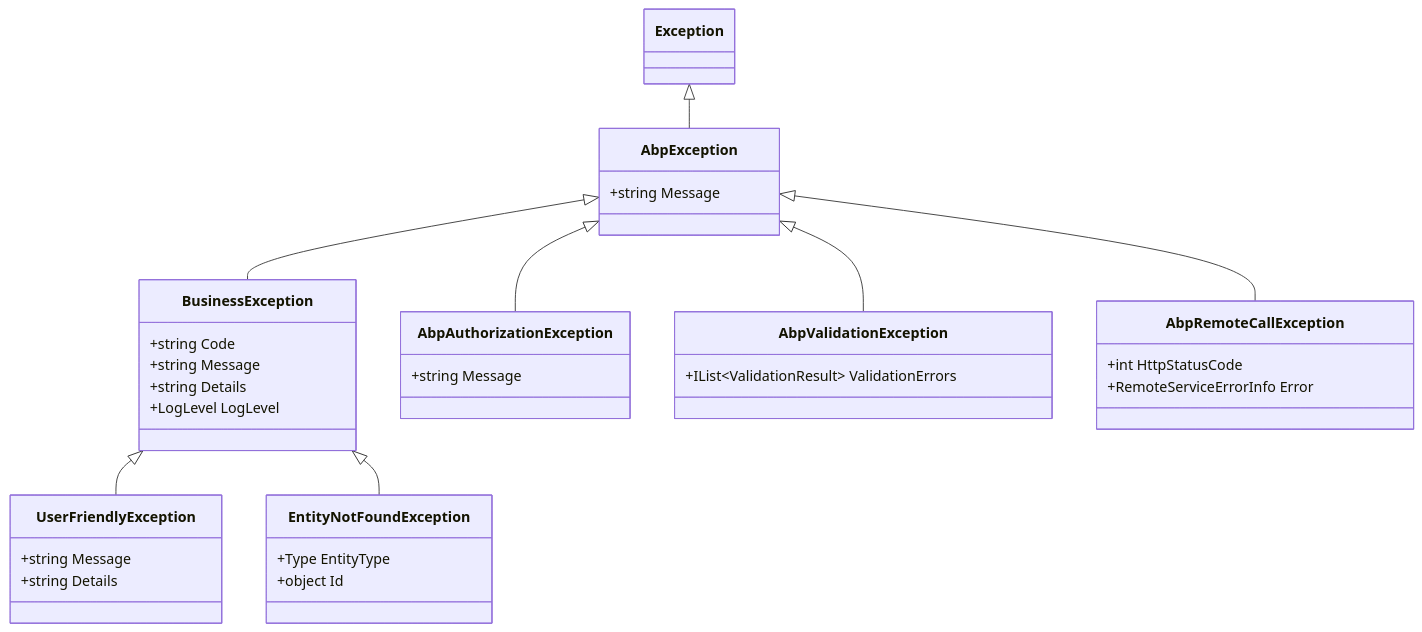
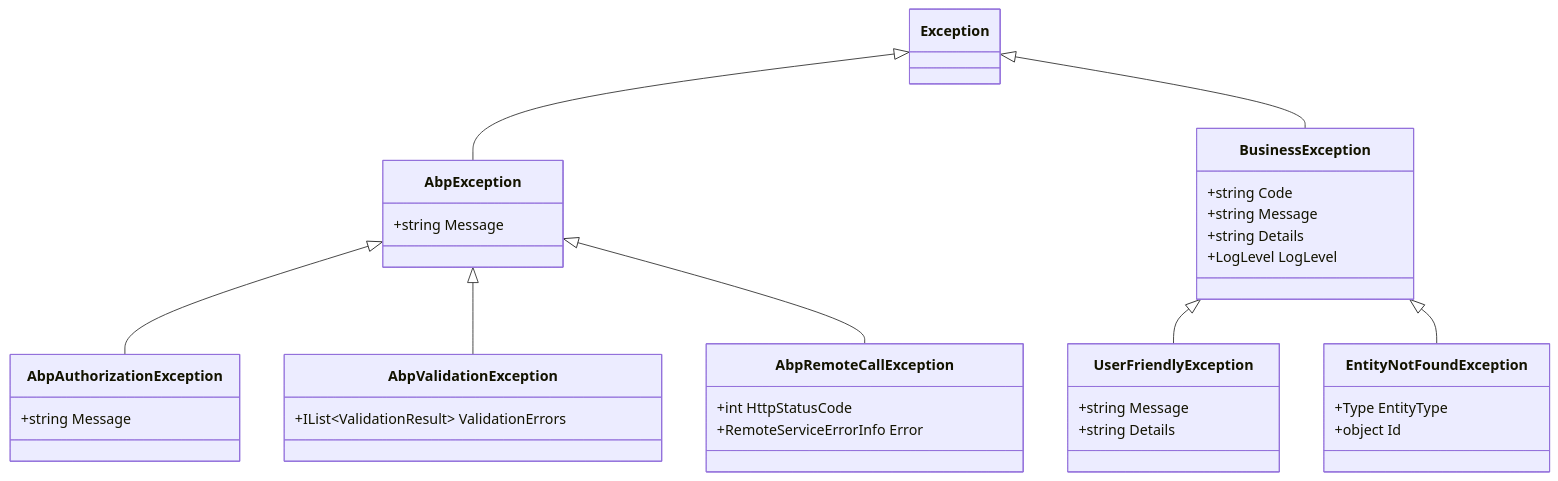
Before and after one commit to mintlify-atlas/docs-wiki-77697fc1: the first of 2 diagrams in cross-cutting/exception-handling.mdx, drawn with Mermaid. The commit also changed other lines of this file and 37 other files, not shown here.

````diff
--- a/cross-cutting/exception-handling.mdx
+++ b/cross-cutting/exception-handling.mdx
@@ -26,39 +26,39 @@
 ```mermaid
 classDiagram
     direction TB
     Exception <|-- AbpException
-    AbpException <|-- BusinessException
+    Exception <|-- BusinessException
     BusinessException <|-- UserFriendlyException
     BusinessException <|-- EntityNotFoundException
     AbpException <|-- AbpAuthorizationException
     AbpException <|-- AbpValidationException
     AbpException <|-- AbpRemoteCallException
 
     class AbpException {
         +string Message
     }
     class BusinessException {
         +string Code
         +string Message
         +string Details
         +LogLevel LogLevel
     }
     class UserFriendlyException {
         +string Message
         +string Details
     }
     class EntityNotFoundException {
         +Type EntityType
         +object Id
     }
     class AbpAuthorizationException {
         +string Message
     }
     class AbpValidationException {
         +IList~ValidationResult~ ValidationErrors
     }
     class AbpRemoteCallException {
         +int HttpStatusCode
         +RemoteServiceErrorInfo Error
     }
 ```
````
